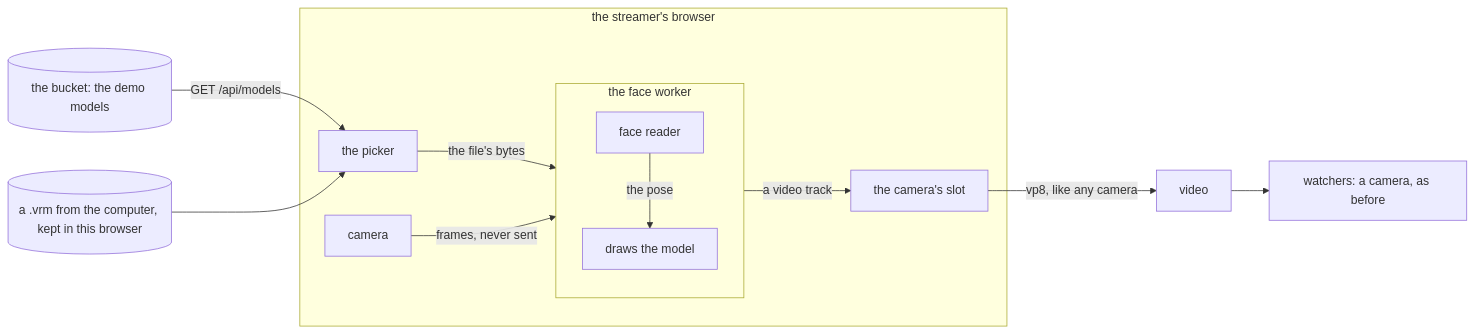
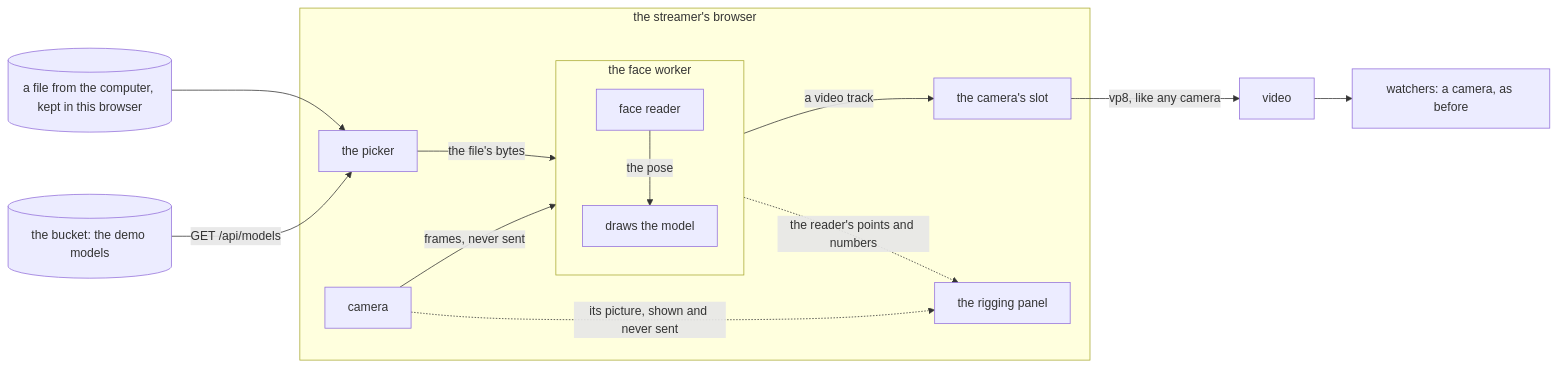
The diagram in docs/vtuber.md (ZeroNerodaHero/slop-stream-architecture), drawn with Mermaid before and after one commit. The commit also changed other lines of this file and 33 other files, not shown here.

````diff
--- a/docs/vtuber.md
+++ b/docs/vtuber.md
@@ -45,15 +45,17 @@
 ```mermaid
 flowchart LR
   bucket[(the bucket: the demo models)] -->|GET /api/models| picker
-  disk[(a .vrm from the computer, kept in this browser)] --> picker[the picker]
+  disk[(a file from the computer, kept in this browser)] --> picker[the picker]
   subgraph s["the streamer's browser"]
     picker -->|the file's bytes| worker
     cam[camera] -->|frames, never sent| worker
+    cam -.->|its picture, shown and never sent| rig[the rigging panel]
     subgraph worker["the face worker"]
       reader[face reader] -->|the pose| draw[draws the model]
     end
+    worker -.->|the reader's points and numbers| rig
     worker -->|a video track| slot[the camera's slot]
   end
   slot -->|vp8, like any camera| box[video]
   box --> w[watchers: a camera, as before]
 ```
````
